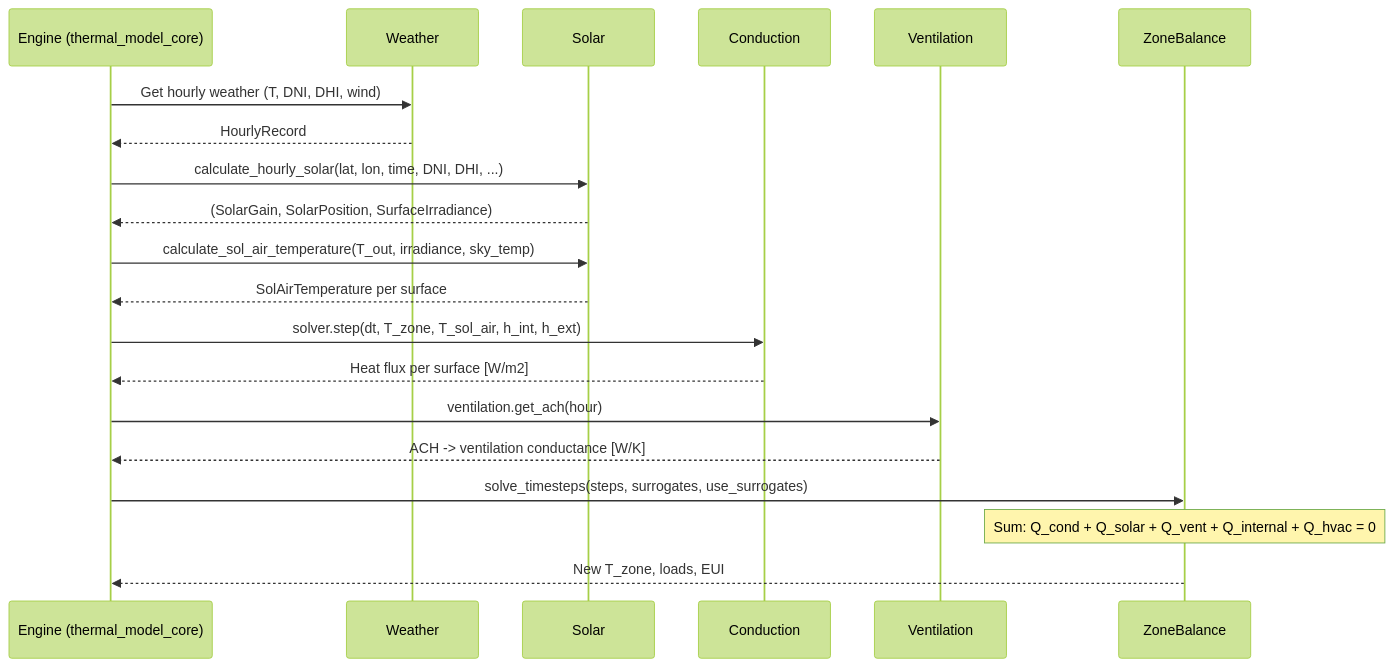
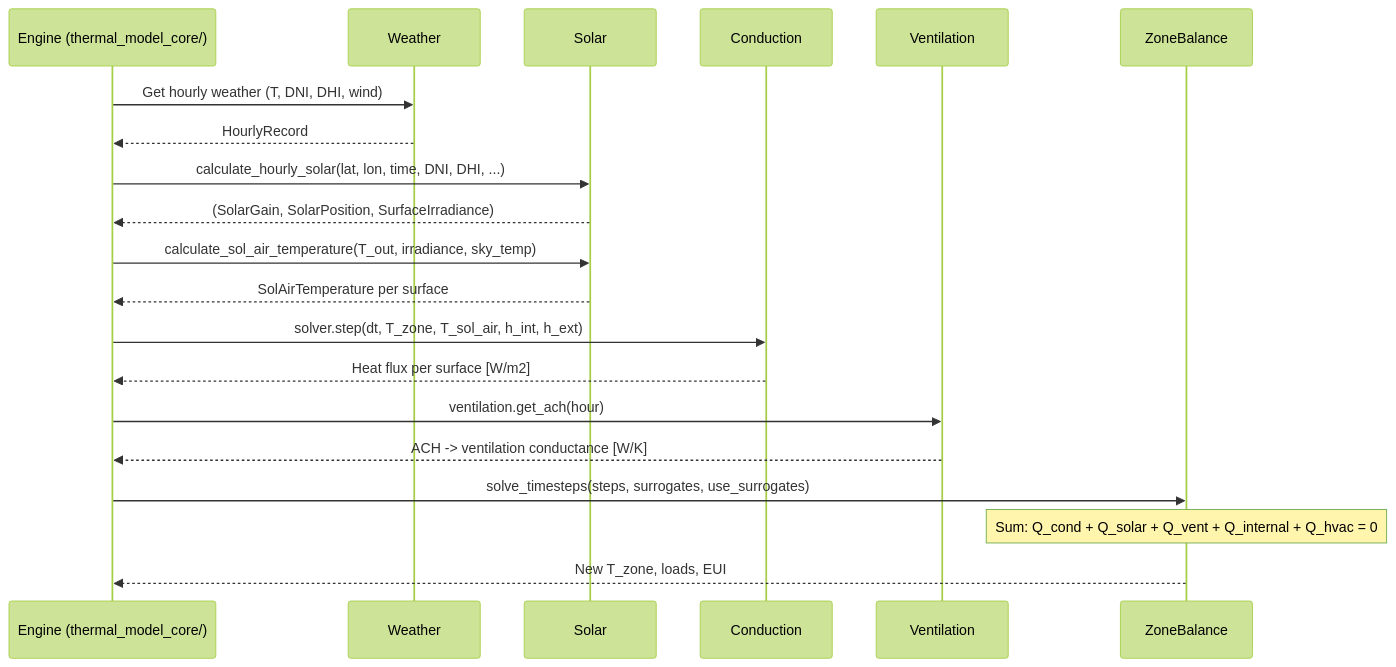
Before and after one commit to anchapin/fluxion: the second of 2 diagrams in ARCHITECTURE.md, drawn with Mermaid (forest theme). The commit also changed other lines of this file and 15 other files, not shown here.

````diff
--- a/ARCHITECTURE.md
+++ b/ARCHITECTURE.md
@@ -1620,28 +1620,28 @@
 ```mermaid
 sequenceDiagram
-    participant E as Engine (thermal_model_core)
+    participant E as Engine (thermal_model_core/)
     participant W as Weather
     participant S as Solar
     participant C as Conduction
     participant V as Ventilation
     participant Z as ZoneBalance
 
     E->>W: Get hourly weather (T, DNI, DHI, wind)
     W-->>E: HourlyRecord
 
     E->>S: calculate_hourly_solar(lat, lon, time, DNI, DHI, ...)
     S-->>E: (SolarGain, SolarPosition, SurfaceIrradiance)
 
     E->>S: calculate_sol_air_temperature(T_out, irradiance, sky_temp)
     S-->>E: SolAirTemperature per surface
 
     E->>C: solver.step(dt, T_zone, T_sol_air, h_int, h_ext)
     C-->>E: Heat flux per surface [W/m2]
 
     E->>V: ventilation.get_ach(hour)
     V-->>E: ACH -> ventilation conductance [W/K]
 
     E->>Z: solve_timesteps(steps, surrogates, use_surrogates)
     Note over Z: Sum: Q_cond + Q_solar + Q_vent + Q_internal + Q_hvac = 0
     Z-->>E: New T_zone, loads, EUI
 ```
````
